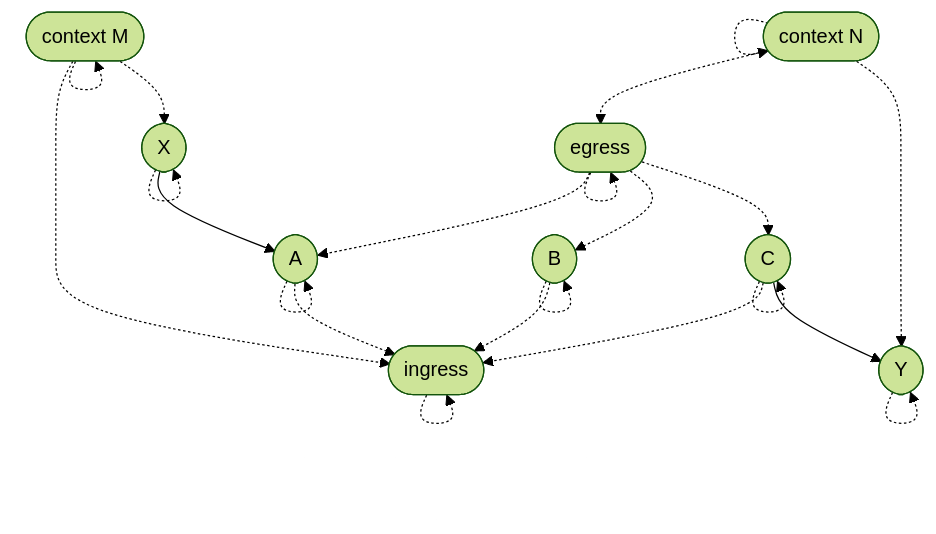
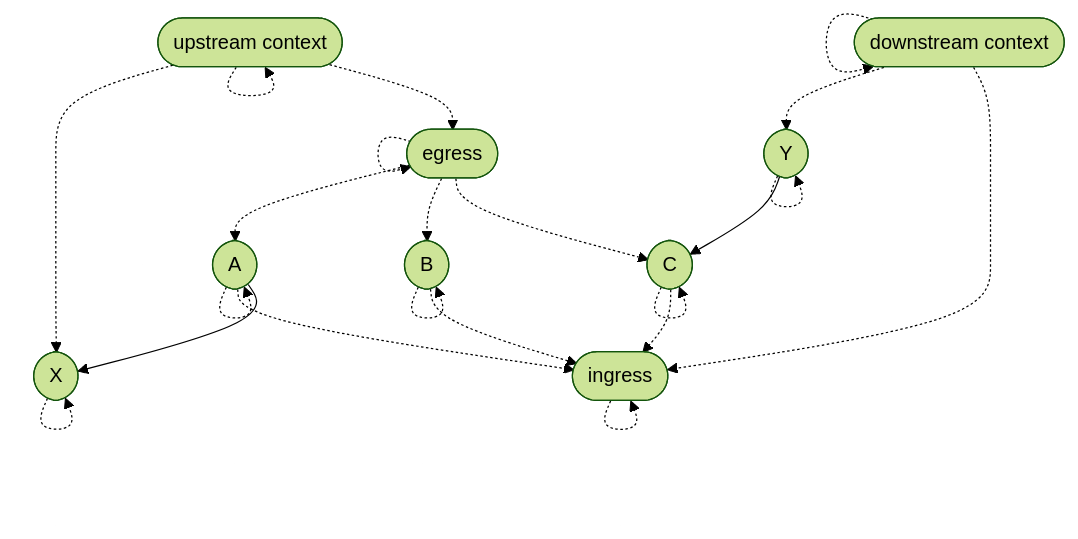
Before and after one commit to stepchowfun/proofs: diagram 11 of 11 in proofs/AdmissibilityGraph/README.md, drawn with Mermaid (forest theme). The commit also changed other lines of this file, not shown here.

Commit message:
Wordsmith the admissibility graph README

````diff
--- a/proofs/AdmissibilityGraph/README.md
+++ b/proofs/AdmissibilityGraph/README.md
@@ -278,36 +278,35 @@
 ```mermaid
 flowchart TD
-  m([context M])
+  up([upstream context])
+  down([downstream context])
   e([egress])
-  n([context N])
-  x([X])
   y([Y])
   a([A])
   b([B])
   c([C])
+  x([X])
   i([ingress])
 
-  m -.-> m
+  up -.-> up
+  down -.-> down
   e -.-> e
-  n -.-> n
-  x -.-> x
   y -.-> y
   a -.-> a
   b -.-> b
   c -.-> c
+  x -.-> x
   i -.-> i
 
-  m -.-> i
-  m -.-> x
-  n -.-> e
-  n -.-> y
+  up -.-> x
+  up -.-> e
+  down -.-> y
+  down -.-> i
   e -.-> a
   e -.-> b
   e -.-> c
   a -.-> i
   b -.-> i
   c -.-> i
-
-  x --> a
-  c --> y
+  a --> x
+  y --> c
 ```
````
